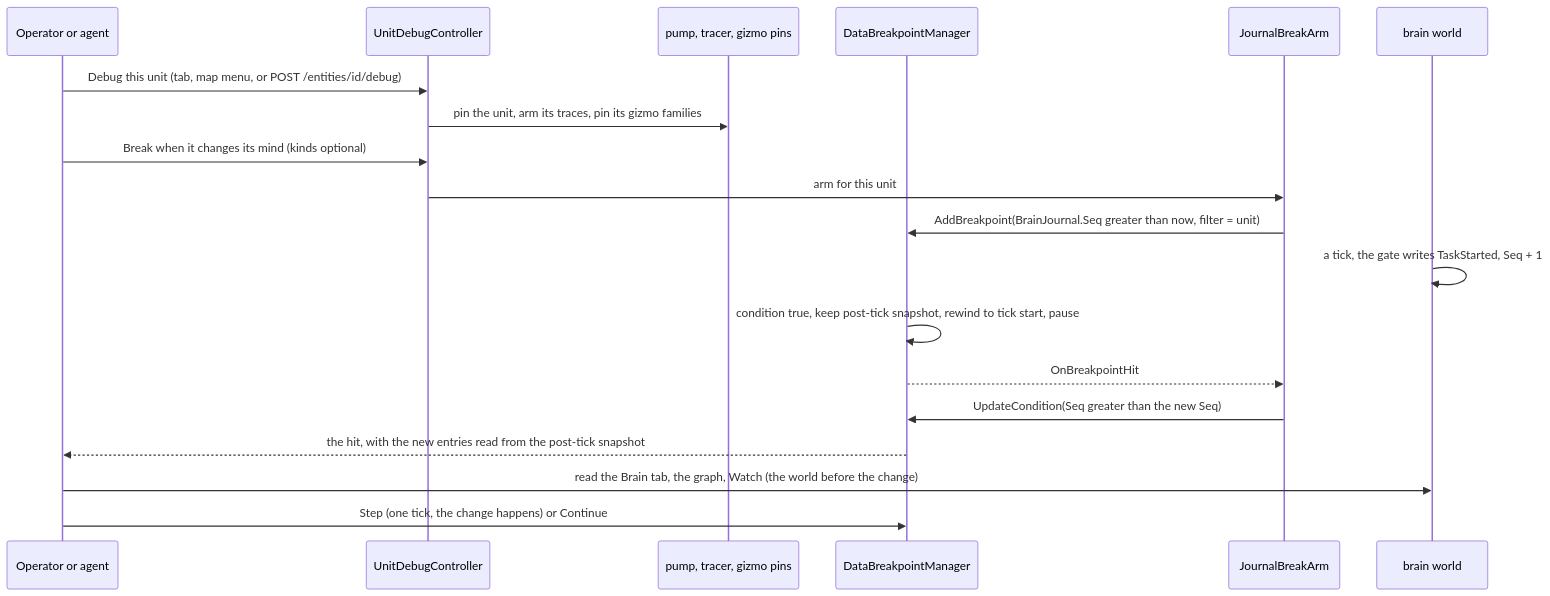
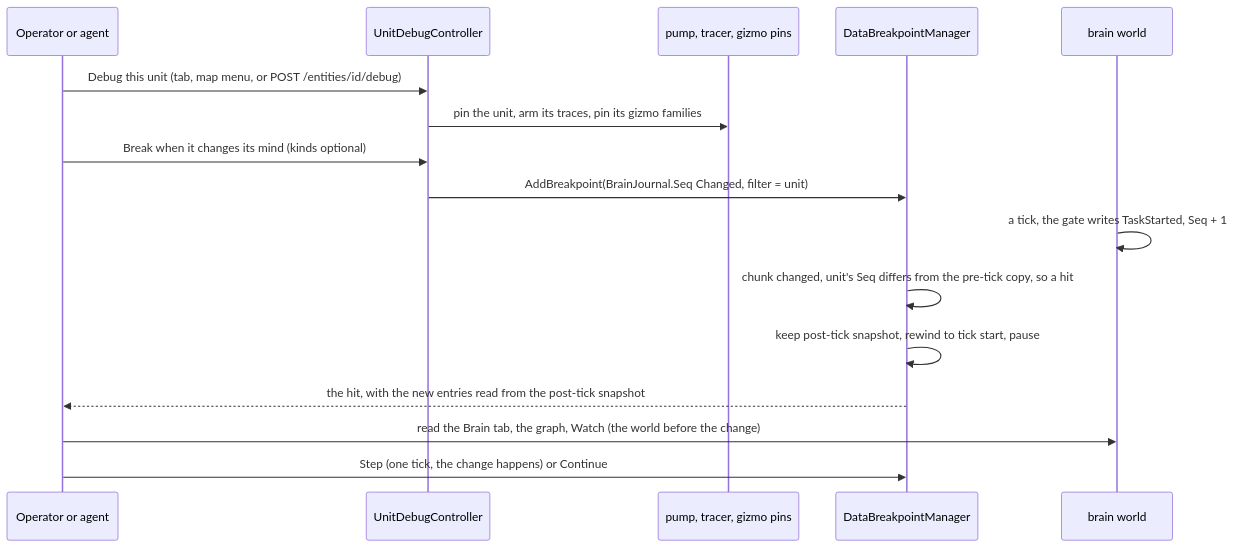
The ninth of 10 diagrams in docs/DESIGN_Entity_Brain_View.md (pjanec/HROT), drawn with Mermaid before and after one commit. The commit also changed other lines of this file and 6 other files, not shown here.

````diff
--- a/docs/DESIGN_Entity_Brain_View.md
+++ b/docs/DESIGN_Entity_Brain_View.md
@@ -439,21 +437,18 @@
 ```mermaid
 sequenceDiagram
   participant H as Operator or agent
   participant C as UnitDebugController
   participant P as pump, tracer, gizmo pins
   participant M as DataBreakpointManager
-  participant A as JournalBreakArm
   participant W as brain world
   H->>C: Debug this unit (tab, map menu, or POST /entities/id/debug)
   C->>P: pin the unit, arm its traces, pin its gizmo families
   H->>C: Break when it changes its mind (kinds optional)
-  C->>A: arm for this unit
-  A->>M: AddBreakpoint(BrainJournal.Seq greater than now, filter = unit)
+  C->>M: AddBreakpoint(BrainJournal.Seq Changed, filter = unit)
   W->>W: a tick, the gate writes TaskStarted, Seq + 1
-  M->>M: condition true, keep post-tick snapshot, rewind to tick start, pause
-  M-->>A: OnBreakpointHit
-  A->>M: UpdateCondition(Seq greater than the new Seq)
+  M->>M: chunk changed, unit's Seq differs from the pre-tick copy, so a hit
+  M->>M: keep post-tick snapshot, rewind to tick start, pause
   M-->>H: the hit, with the new entries read from the post-tick snapshot
   H->>W: read the Brain tab, the graph, Watch (the world before the change)
   H->>M: Step (one tick, the change happens) or Continue
 ```
````
